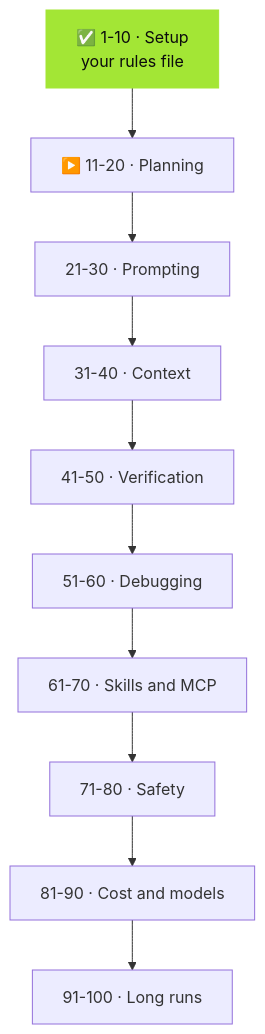
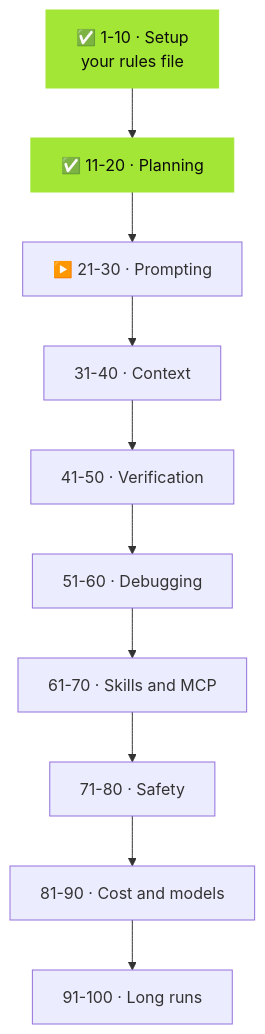
One commit to sebuzdugan/100-tricks-lab changed the second of 2 diagrams in README.md. Above: the diagram before and after it, drawn with Mermaid. The commit also changed other lines of this file and 59 other files, not shown here.

````diff
--- a/README.md
+++ b/README.md
@@ -69,6 +72,7 @@
 ```mermaid
 flowchart TB
-  M1["✅ 1-10 · Setup<br>your rules file"] --> M2["▶️ 11-20 · Planning"] --> M3["21-30 · Prompting"] --> M4["31-40 · Context"] --> M5["41-50 · Verification"]
+  M1["✅ 1-10 · Setup<br>your rules file"] --> M2["✅ 11-20 · Planning"] --> M3["▶️ 21-30 · Prompting"] --> M4["31-40 · Context"] --> M5["41-50 · Verification"]
   M5 --> M6["51-60 · Debugging"] --> M7["61-70 · Skills and MCP"] --> M8["71-80 · Safety"] --> M9["81-90 · Cost and models"] --> M10["91-100 · Long runs"]
   style M1 fill:#A3E635,stroke:#A3E635,color:#0B0B0D
+  style M2 fill:#A3E635,stroke:#A3E635,color:#0B0B0D
 ```
````
